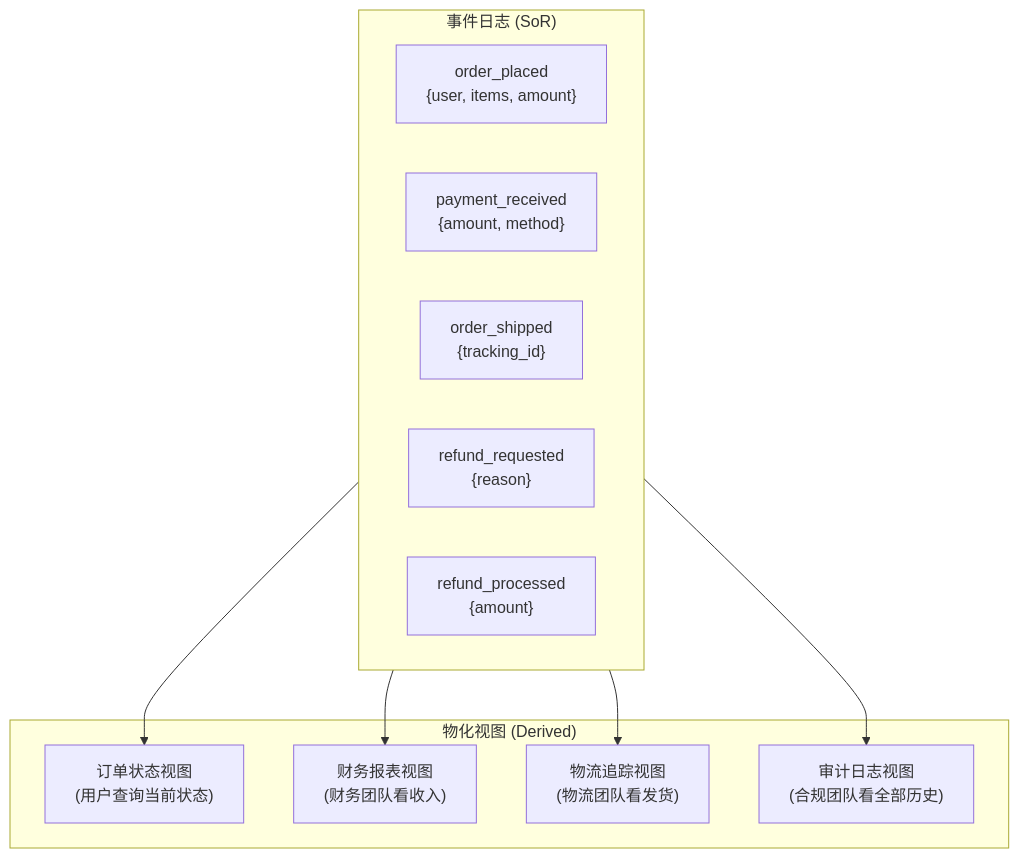
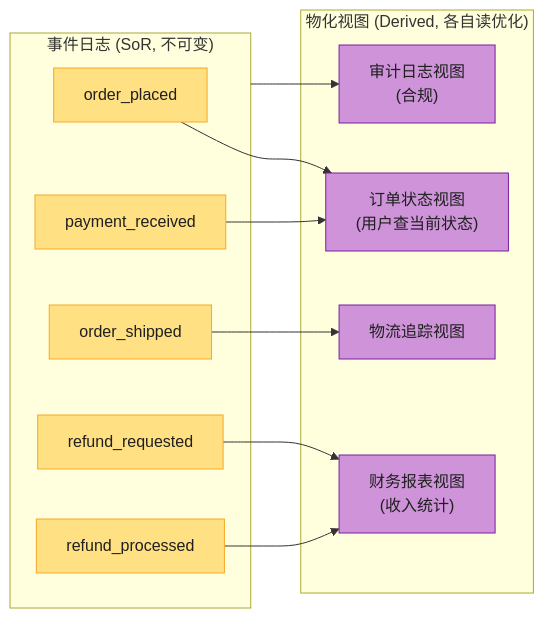
Diagram 15 of 16 in ch03-数据模型与查询语言.md (socoo123/ddia_2nd), drawn with Mermaid before and after one commit. The commit also changed other lines of this file and 8 other files, not shown here.

First line of the commit message:
重写 ch01-ch09 读书笔记：风格统一 + 内容扩充 + 大量图表

````diff
--- a/ch03-数据模型与查询语言.md
+++ b/ch03-数据模型与查询语言.md
@@ -711,22 +931,34 @@
 ```mermaid
-graph TB
-    subgraph Events["事件日志 (SoR)"]
-        E1["order_placed<br/>{user, items, amount}"]
-        E2["payment_received<br/>{amount, method}"]
-        E3["order_shipped<br/>{tracking_id}"]
-        E4["refund_requested<br/>{reason}"]
-        E5["refund_processed<br/>{amount}"]
+flowchart LR
+    subgraph LOG["事件日志 (SoR, 不可变)"]
+        E1["order_placed"]
+        E2["payment_received"]
+        E3["order_shipped"]
+        E4["refund_requested"]
+        E5["refund_processed"]
     end
 
-    subgraph Views["物化视图 (Derived)"]
-        V1["订单状态视图<br/>(用户查询当前状态)"]
-        V2["财务报表视图<br/>(财务团队看收入)"]
-        V3["物流追踪视图<br/>(物流团队看发货)"]
-        V4["审计日志视图<br/>(合规团队看全部历史)"]
+    subgraph VIEWS["物化视图 (Derived, 各自读优化)"]
+        V1["订单状态视图<br/>(用户查当前状态)"]
+        V2["财务报表视图<br/>(收入统计)"]
+        V3["物流追踪视图"]
+        V4["审计日志视图<br/>(合规)"]
     end
 
-    Events --> V1
-    Events --> V2
-    Events --> V3
-    Events --> V4
+    E1 --> V1
+    E2 --> V1
+    E3 --> V3
+    E4 --> V2
+    E5 --> V2
+    LOG --> V4
+
+    style E1 fill:#FFE082,stroke:#F9A825,color:#1f1f1f
+    style E2 fill:#FFE082,stroke:#F9A825,color:#1f1f1f
+    style E3 fill:#FFE082,stroke:#F9A825,color:#1f1f1f
+    style E4 fill:#FFE082,stroke:#F9A825,color:#1f1f1f
+    style E5 fill:#FFE082,stroke:#F9A825,color:#1f1f1f
+    style V1 fill:#CE93D8,stroke:#7B1FA2,color:#1f1f1f
+    style V2 fill:#CE93D8,stroke:#7B1FA2,color:#1f1f1f
+    style V3 fill:#CE93D8,stroke:#7B1FA2,color:#1f1f1f
+    style V4 fill:#CE93D8,stroke:#7B1FA2,color:#1f1f1f
 ```
````
